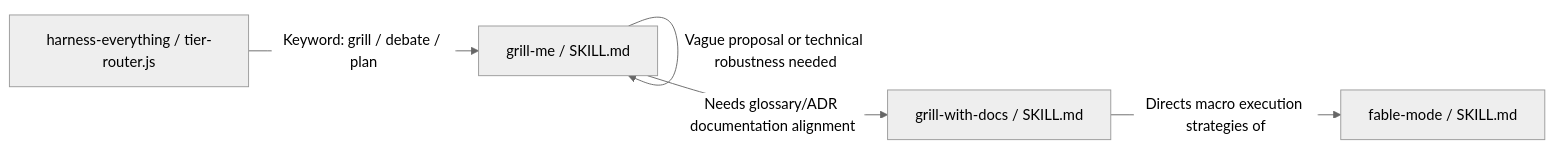
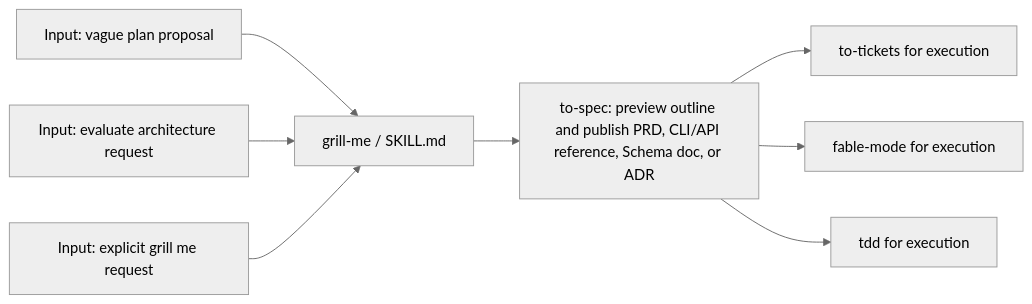
One commit to dyphn1/Harness-everything changed the second of 3 diagrams in docs/workflows/grill-me.md. Above: the diagram before and after it, drawn with Mermaid (neutral theme). The commit also changed other lines of this file and 16 other files, not shown here.

````diff
--- a/docs/workflows/grill-me.md
+++ b/docs/workflows/grill-me.md
@@ -29,7 +24,10 @@
 ```mermaid
 graph LR
-  Router["harness-everything / tier-router.js"] -->|Keyword: grill / debate / plan| GrillMe["grill-me / SKILL.md"]
-  GrillMe -->|Vague proposal or technical robustness needed| GrillMe
-  GrillMe -->|Needs glossary/ADR documentation alignment| GWD["grill-with-docs / SKILL.md"]
-  GWD -->|Directs macro execution strategies of| Fable["fable-mode / SKILL.md"]
+  VaguePlan["Input: vague plan proposal"] --> GrillMe["grill-me / SKILL.md"]
+  EvaluateArch["Input: evaluate architecture request"] --> GrillMe
+  ExplicitAsk["Input: explicit grill me request"] --> GrillMe
+  GrillMe --> ToSpec["to-spec: preview outline and publish PRD, CLI/API reference, Schema doc, or ADR"]
+  ToSpec --> ToTickets["to-tickets for execution"]
+  ToSpec --> FableMode["fable-mode for execution"]
+  ToSpec --> TDD["tdd for execution"]
 ```
````
